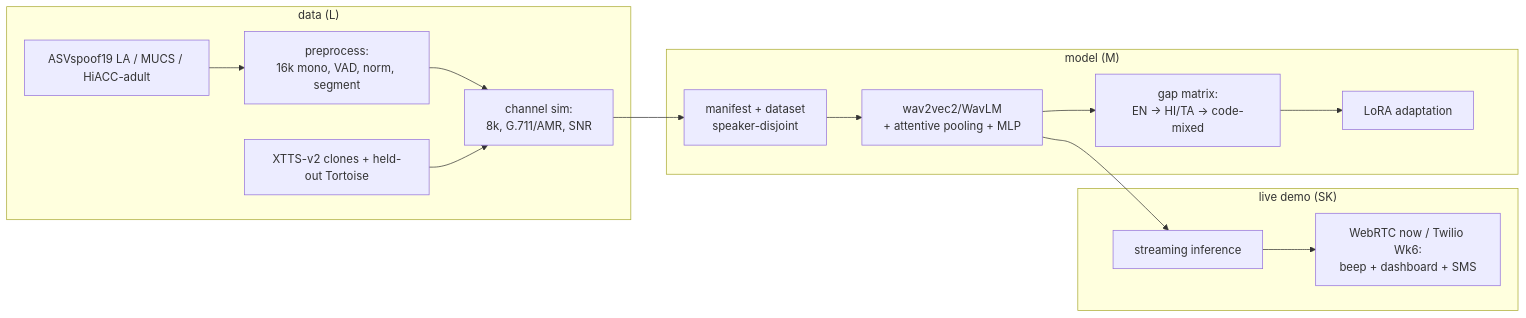
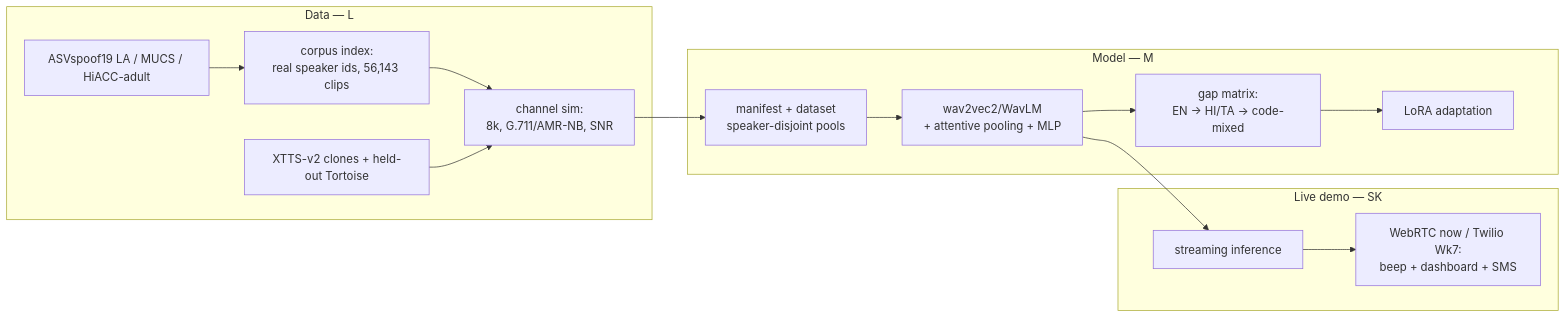
One commit to Mounika-Reddy-0802/codemix-deepfake-detection changed the diagram in README.md. Above: the diagram before and after it, drawn with Mermaid. The commit also changed other lines of this file and 2 other files, not shown here.

````diff
--- a/README.md
+++ b/README.md
@@ -19,16 +25,16 @@
 ```mermaid
 flowchart LR
-    subgraph data["data (L)"]
-        raw[ASVspoof19 LA / MUCS / HiACC-adult] --> pre[preprocess:<br/>16k mono, VAD, norm, segment]
-        pre --> chan[channel sim:<br/>8k, G.711/AMR, SNR]
+    subgraph data["Data — L"]
+        raw[ASVspoof19 LA / MUCS / HiACC-adult] --> idx[corpus index:<br/>real speaker ids, 56,143 clips]
+        idx --> chan[channel sim:<br/>8k, G.711/AMR-NB, SNR]
         gen[XTTS-v2 clones + held-out Tortoise] --> chan
     end
-    subgraph model["model (M)"]
-        chan --> ds[manifest + dataset<br/>speaker-disjoint] --> det[wav2vec2/WavLM<br/>+ attentive pooling + MLP]
+    subgraph model["Model — M"]
+        chan --> ds[manifest + dataset<br/>speaker-disjoint pools] --> det[wav2vec2/WavLM<br/>+ attentive pooling + MLP]
         det --> gap[gap matrix:<br/>EN → HI/TA → code-mixed]
         gap --> lora[LoRA adaptation]
     end
-    subgraph demo["live demo (SK)"]
-        det --> stream[streaming inference] --> call[WebRTC now / Twilio Wk6:<br/>beep + dashboard + SMS]
+    subgraph demo["Live demo — SK"]
+        det --> stream[streaming inference] --> call[WebRTC now / Twilio Wk7:<br/>beep + dashboard + SMS]
     end
 ```
````
